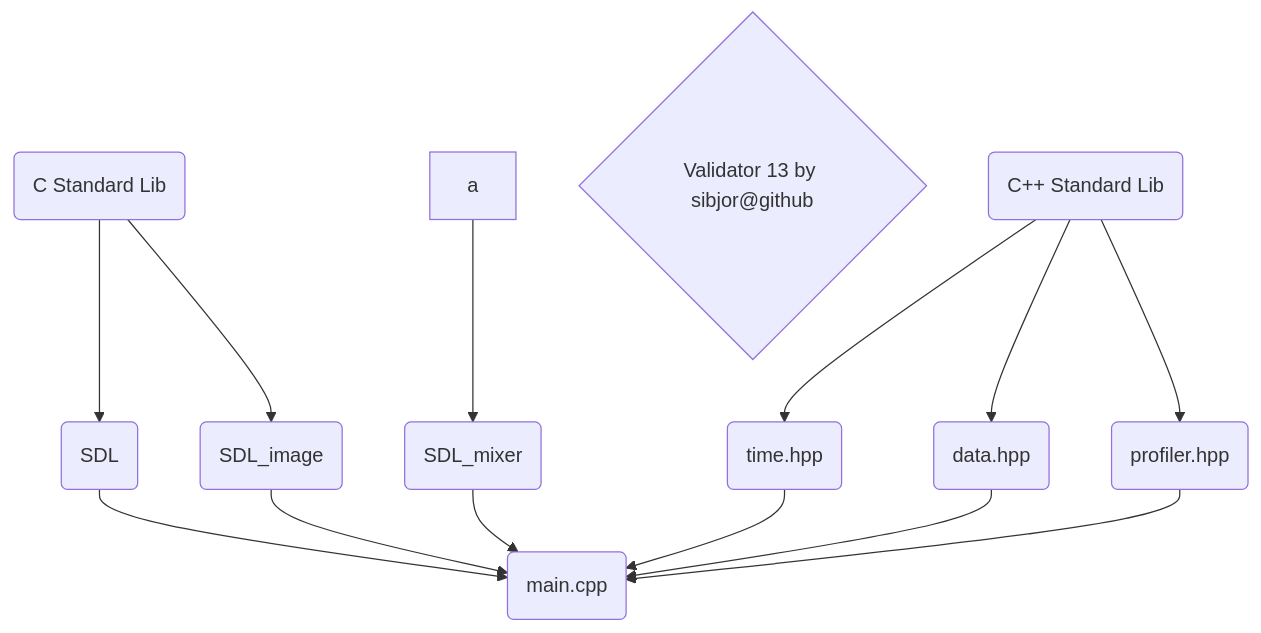
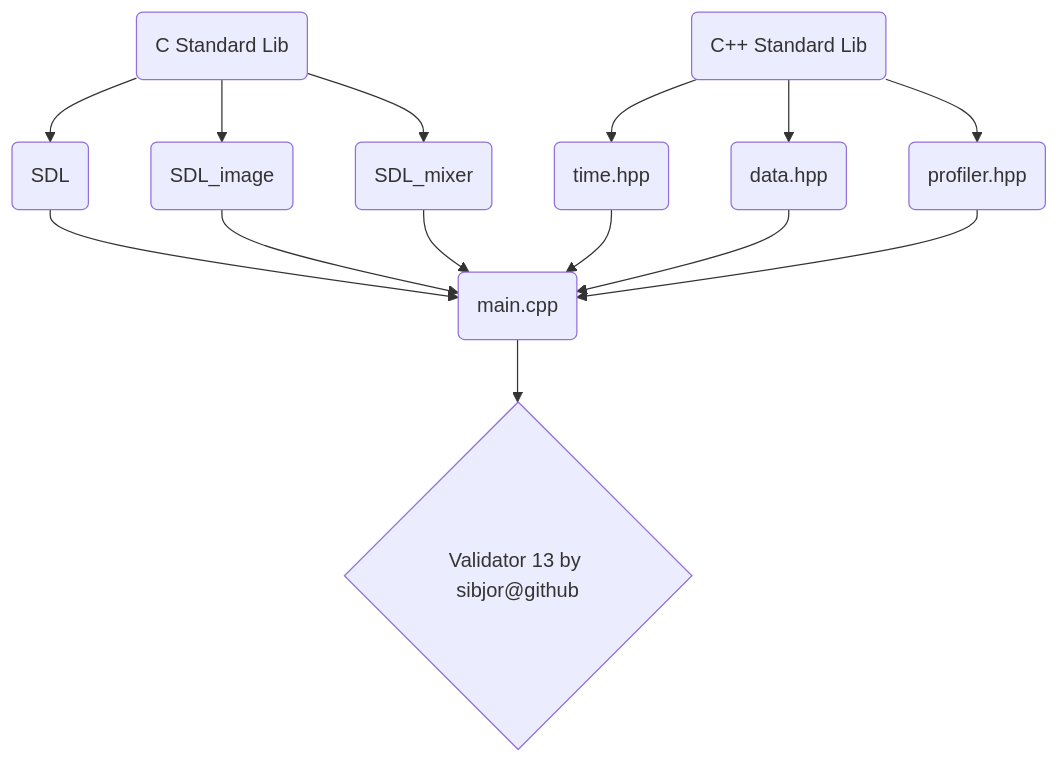
Before and after one commit to sibjor/ParkourRunner: the diagram in README.md, drawn with Mermaid.

Commit message:
small edit

````diff
--- a/README.md
+++ b/README.md
@@ -11,29 +11,31 @@
 ```mermaid
 flowchart TD
     A(C Standard Lib)
     B(C++ Standard Lib)
     C(SDL)
     D(SDL_image)
     E(SDL_mixer)
     F(profiler.hpp) 
     G(time.hpp) 
     H(data.hpp)
     I(main.cpp)
     J{Validator 13 by sibjor@github}
 
     A --> C
     A --> D
-    a --> E
+    A --> E
 
     C --> I
     D --> I
     E --> I
 
     B --> G
     B --> H
     B --> F
 
     G --> I
     H --> I
     F --> I
+
+    I --> J
 ```
````
